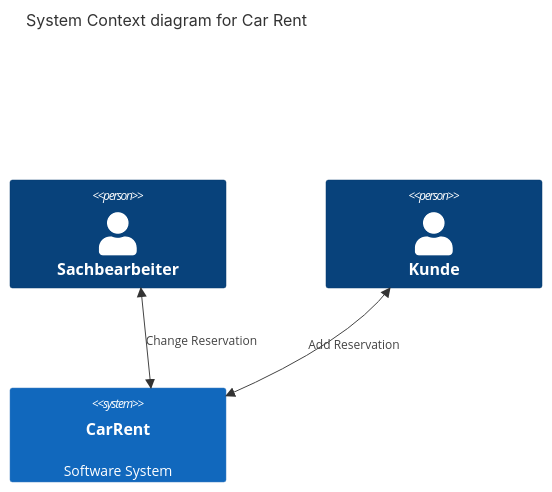
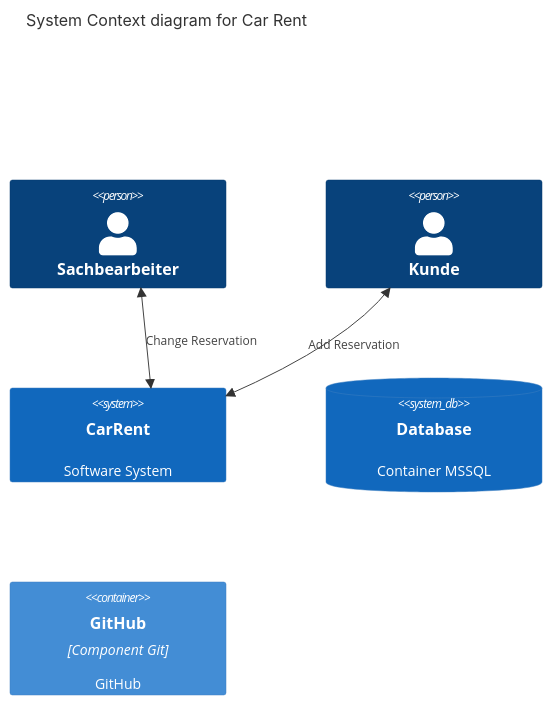
One commit to tsolenthaler/zbw-sad-carrent2124 changed the first of 2 diagrams in README.md. Above: the diagram before and after it, drawn with Mermaid. The commit also changed other lines of this file, not shown here.

Commit message:
fix c4context and add test plantuml

````diff
--- a/README.md
+++ b/README.md
@@ -5,10 +6,14 @@
 ```mermaid
 C4Context
       title System Context diagram for Car Rent
       Person(Sachbearbeiter, "Sachbearbeiter")
       Person(Kunde, "Kunde")
+
       System(CarRent, "CarRent", "Software System")
+
+      SystemDb(Database, "Database", "Container MSSQL")
+      Container(github, "GitHub", "Component Git", "GitHub")
 
       BiRel(Sachbearbeiter, CarRent, "Change Reservation")
       BiRel(Kunde, CarRent, "Add Reservation")
 ```
````
